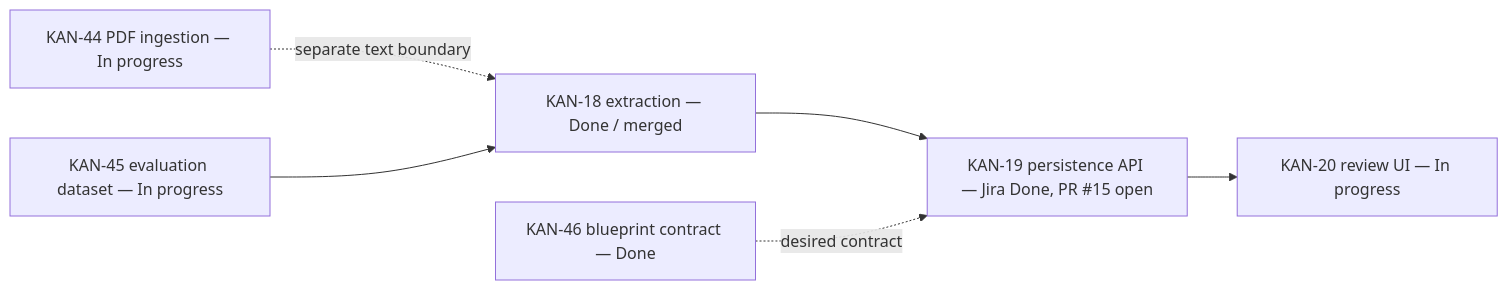
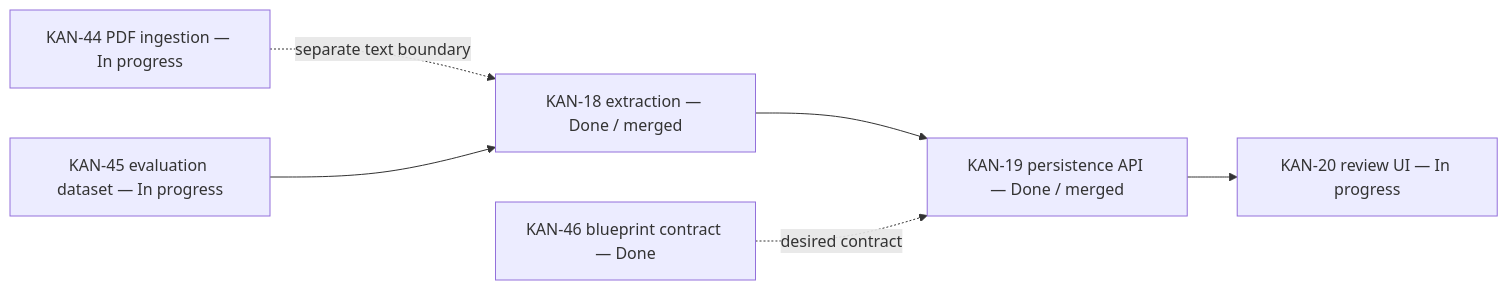
The diagram in 04_Execution/Dependency-Map.md (swp391-group3/ai-interview-practice-brain), drawn with Mermaid before and after one commit. The commit also changed 27 other files, not shown here.

````diff
--- a/04_Execution/Dependency-Map.md
+++ b/04_Execution/Dependency-Map.md
@@ -11,8 +11,8 @@
 ```mermaid
 flowchart LR
-  K18[KAN-18 extraction — Done / merged] --> K19[KAN-19 persistence API — Jira Done, PR #15 open]
+  K18[KAN-18 extraction — Done / merged] --> K19[KAN-19 persistence API — Done / merged]
   K19 --> K20[KAN-20 review UI — In progress]
   K44[KAN-44 PDF ingestion — In progress] -. separate text boundary .-> K18
   K45[KAN-45 evaluation dataset — In progress] --> K18
   K46[KAN-46 blueprint contract — Done] -. desired contract .-> K19
 ```
````
